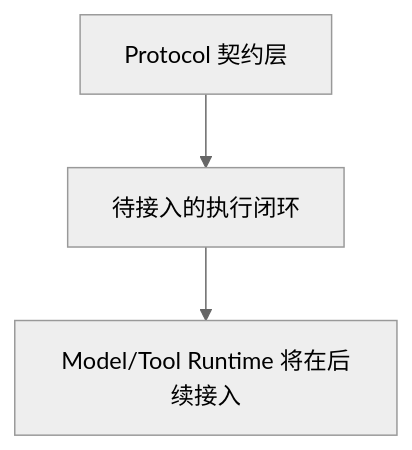
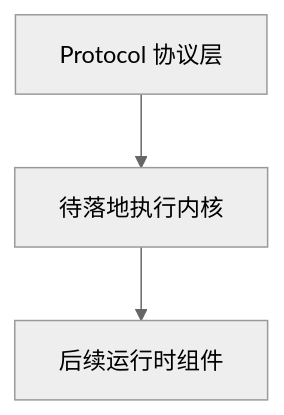
Before and after one commit to 869413421/build_agent: the first of 4 diagrams in docs/tutorials/03-从0到1工业级Agent框架打造-第三章-Engine循环-反思机制与生产约束.md, drawn with Mermaid (neutral theme). The commit also changed other lines of this file and 12 other files, not shown here.

````diff
--- a/docs/tutorials/03-从0到1工业级Agent框架打造-第三章-Engine循环-反思机制与生产约束.md
+++ b/docs/tutorials/03-从0到1工业级Agent框架打造-第三章-Engine循环-反思机制与生产约束.md
@@ -20,5 +28,5 @@
 ```mermaid
 flowchart TD
-  A[Protocol 契约层] --> B[待接入的执行闭环]
-  B --> C[Model/Tool Runtime 将在后续接入]
+  A[Protocol 协议层] --> B[待落地执行内核]
+  B --> C[后续运行时组件]
 ```
````
